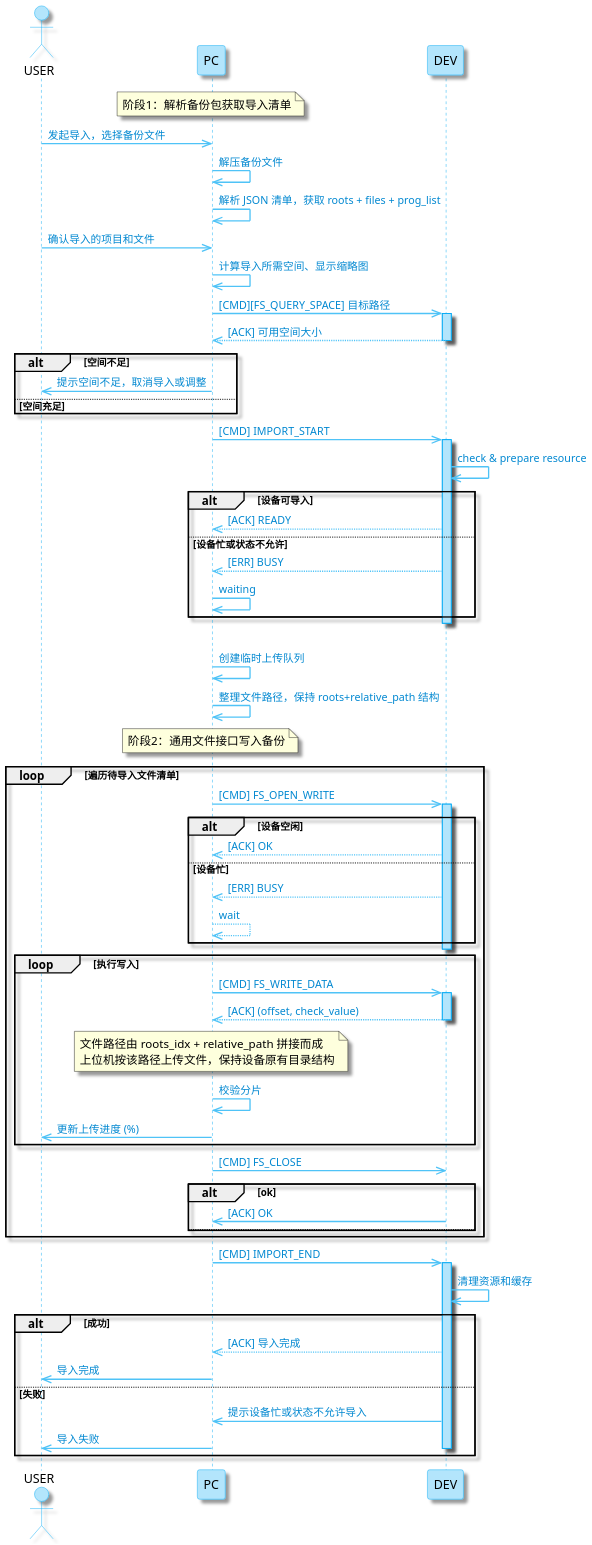
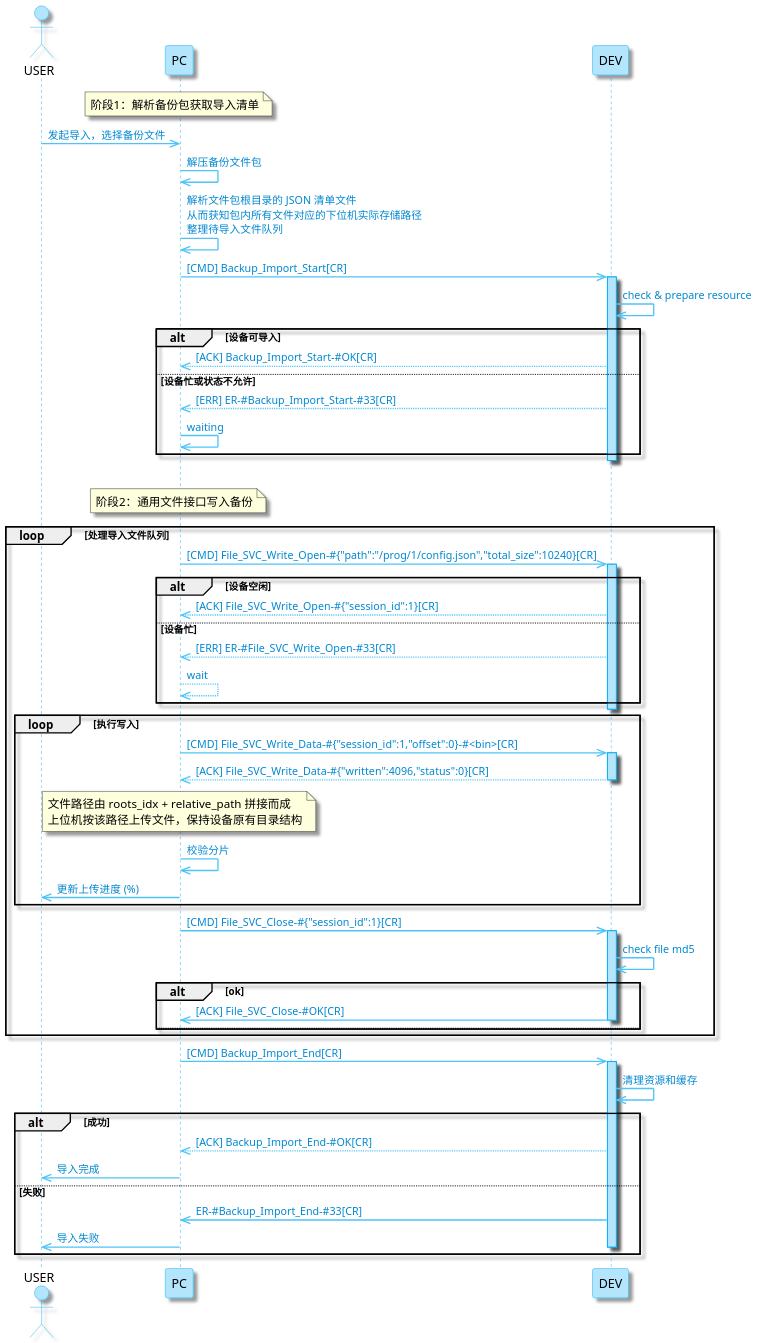
One commit to GarfiledXu/dendron changed diagram 12 of 12 in work.xinsuan.dev.nv5.时序图状态图导出2.md. Above: the diagram before and after it, drawn with PlantUML. The commit also changed other lines of this file and 34 other files, not shown here.

```diff
--- a/work.xinsuan.dev.nv5.时序图状态图导出2.md
+++ b/work.xinsuan.dev.nv5.时序图状态图导出2.md
@@ -2199,61 +2199,61 @@
 u ->> p: 发起导入，选择备份文件
 
 ' 2. 上位机解压备份文件，获取 roots/files/prog_list
-p ->> p: 解压备份文件
-p ->> p: 解析 JSON 清单，获取 roots + files + prog_list
+p ->> p: 解压备份文件包
+p ->> p: 解析文件包根目录的 JSON 清单文件\n从而获知包内所有文件对应的下位机实际存储路径\n整理待导入文件队列
 
 ' 3. 用户确认导入项组合
-u ->> p: 确认导入的项目和文件
-p ->> p: 计算导入所需空间、显示缩略图
+' u ->> p: 确认导入的项目和文件
+' p ->> p: 计算导入所需空间
 
 ' 4. 查询设备目标目录空间是否足够
-p ->> d: [CMD][FS_QUERY_SPACE] 目标路径
-activate d
-d -->> p: [ACK] 可用空间大小
-deactivate d
+' p ->> d: [CMD][FS_QUERY_SPACE] 目标路径
+' activate d
+' d -->> p: [ACK] 可用空间大小
+' deactivate d
 
-alt 空间不足
-    p ->> u: 提示空间不足，取消导入或调整
-else 空间充足
-    ' 继续导入流程
-end
+' alt 空间不足
+'     p ->> u: 提示空间不足，取消导入或调整
+' else 空间充足
+'     ' 继续导入流程
+' end
 
 ' 5. 上位机触发导入会话
-p ->> d: [CMD] IMPORT_START
+p ->> d: [CMD] Backup_Import_Start[CR]
 activate d
 d ->> d: check & prepare resource
 alt 设备可导入
-    d -->> p: [ACK] READY
+    d -->> p: [ACK] Backup_Import_Start-#OK[CR]
 else 设备忙或状态不允许
-    d -->> p: [ERR] BUSY
+    d -->> p: [ERR] ER-#Backup_Import_Start-#33[CR]
     p ->> p: waiting 
 end
 deactivate d
 
 alt IMPORT_START成功
     ' 6. 上位机准备上传文件到下位机
-    p ->> p: 创建临时上传队列
-    p ->> p: 整理文件路径，保持 roots+relative_path 结构
+    ' p ->> p: 创建临时上传队列
+    ' p ->> p: 整理文件路径，保持 roots+relative_path 结构
 
 note over p
 阶段2：通用文件接口写入备份
 end note
     ' 7. 上位机逐个文件通过 [CMD][FS] 上传
-    loop 遍历待导入文件清单
-        p ->> d: [CMD] FS_OPEN_WRITE
+    loop 处理导入文件队列
+        p ->> d: [CMD] File_SVC_Write_Open-#{"path":"/prog/1/config.json","total_size":10240}[CR]
         activate d
         alt 设备空闲
-            d -->> p: [ACK] OK
+            d -->> p: [ACK] File_SVC_Write_Open-#{"session_id":1}[CR]
         else 设备忙
-            d -->> p: [ERR] BUSY
+            d -->> p: [ERR] ER-#File_SVC_Write_Open-#33[CR]
             p -->> p: wait
         end
         deactivate d
 
         loop 执行写入
-            p ->> d: [CMD] FS_WRITE_DATA
+            p ->> d: [CMD] File_SVC_Write_Data-#{"session_id":1,"offset":0}-#<bin>[CR]
             activate d
-            d -->> p: [ACK] (offset, check_value)
+            d -->> p: [ACK] File_SVC_Write_Data-#{"written":4096,"status":0}[CR]
             deactivate d
 
             note over p
@@ -2264,22 +2264,25 @@
             p ->> p: 校验分片
             p ->> u: 更新上传进度 (%)
         end
-        p ->> d: [CMD] FS_CLOSE
+        p ->> d: [CMD] File_SVC_Close-#{"session_id":1}[CR]
+        activate d
+        d ->> d: check file md5
         alt ok
-        d ->> p: [ACK] OK
+        d ->> p: [ACK] File_SVC_Close-#OK[CR]
+        deactivate d
         else
         end
     end
 
     ' 8. 上位机调用业务层完成导入提交
-    p ->> d: [CMD] IMPORT_END
+    p ->> d: [CMD] Backup_Import_End[CR]
     activate d
     d ->> d: 清理资源和缓存
     alt 成功
-    d -->> p: [ACK] 导入完成
+    d -->> p: [ACK] Backup_Import_End-#OK[CR]
     p ->> u: 导入完成
     else 失败
-    d ->> p: 提示设备忙或状态不允许导入
+    d ->> p: ER-#Backup_Import_End-#33[CR]
     p ->> u: 导入失败
     deactivate d
 end
```
